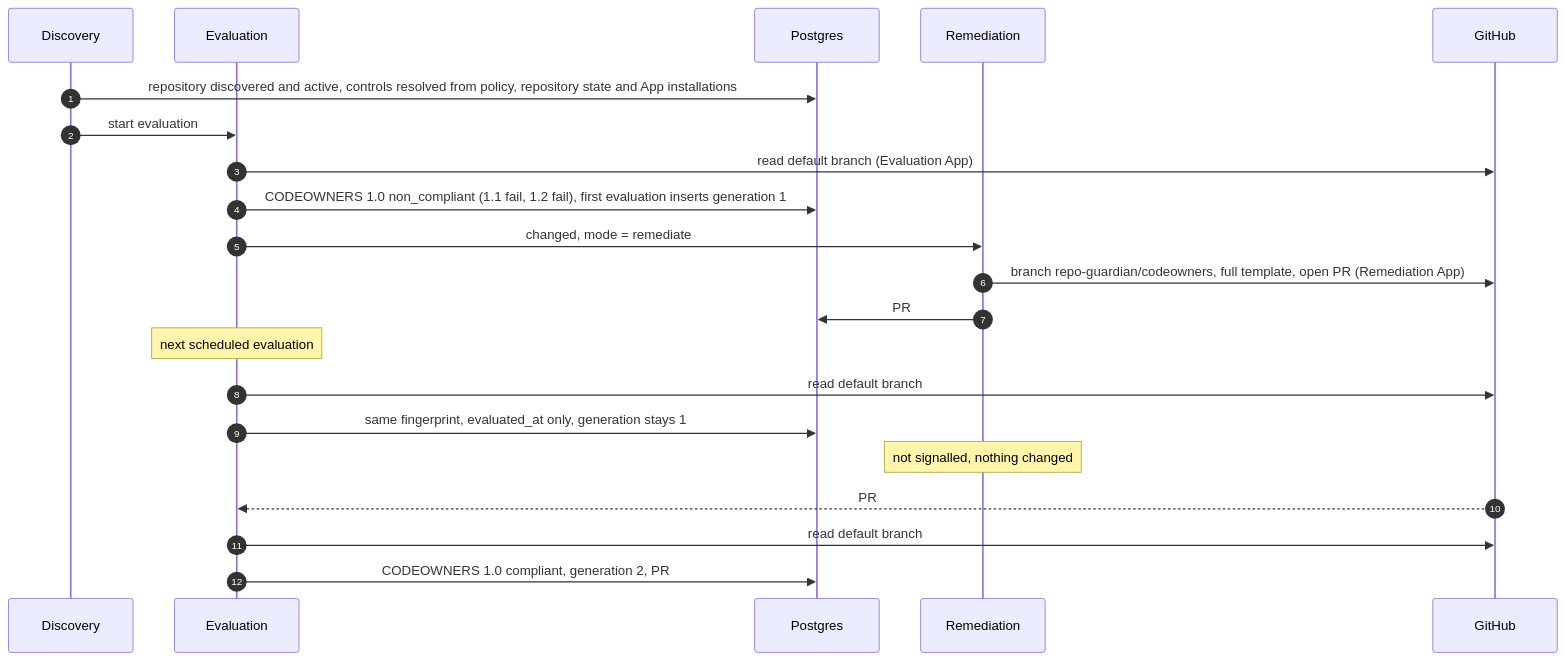
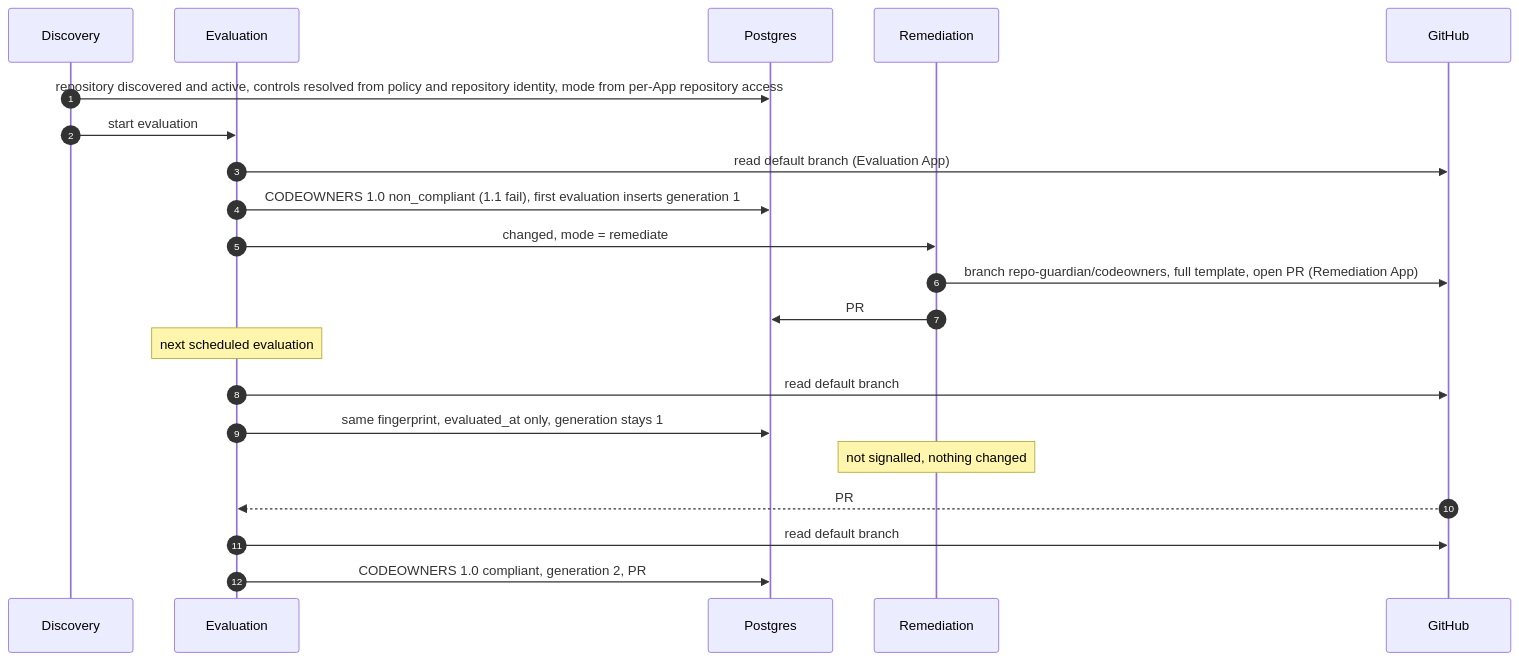
The second of 2 diagrams in docs/design/0029-controls-and-policies-opinionated-compliance-with-separate.md (donaldgifford/repo-guardian), drawn with Mermaid before and after one commit. The commit also changed other lines of this file and 10 other files, not shown here.

````diff
--- a/docs/design/0029-controls-and-policies-opinionated-compliance-with-separate.md
+++ b/docs/design/0029-controls-and-policies-opinionated-compliance-with-separate.md
@@ -184,24 +187,24 @@
 ```mermaid
 sequenceDiagram
     autonumber
     participant D as Discovery
     participant E as Evaluation
     participant DB as Postgres
     participant R as Remediation
     participant GH as GitHub
 
-    D->>DB: repository discovered and active, controls resolved from policy, repository state and App installations
+    D->>DB: repository discovered and active, controls resolved from policy and repository identity, mode from per-App repository access
     D->>E: start evaluation
     E->>GH: read default branch (Evaluation App)
-    E->>DB: CODEOWNERS 1.0 non_compliant (1.1 fail, 1.2 fail), first evaluation inserts generation 1
+    E->>DB: CODEOWNERS 1.0 non_compliant (1.1 fail), first evaluation inserts generation 1
     E->>R: changed, mode = remediate
     R->>GH: branch repo-guardian/codeowners, full template, open PR (Remediation App)
     R->>DB: PR #12 open, remediated generation 1
     Note over E: next scheduled evaluation
     E->>GH: read default branch
     E->>DB: same fingerprint, evaluated_at only, generation stays 1
     Note over R: not signalled, nothing changed
     GH-->>E: PR #12 merged (webhook to the Evaluation App)
     E->>GH: read default branch
     E->>DB: CODEOWNERS 1.0 compliant, generation 2, PR #12 merged
 ```
````
